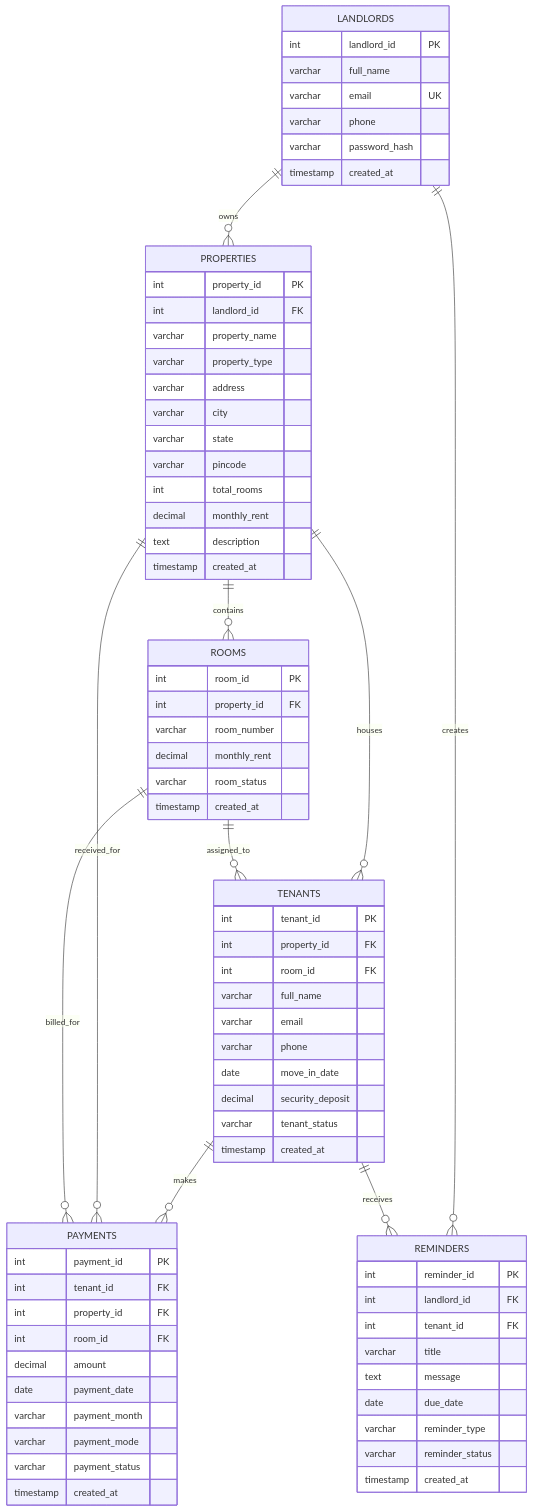
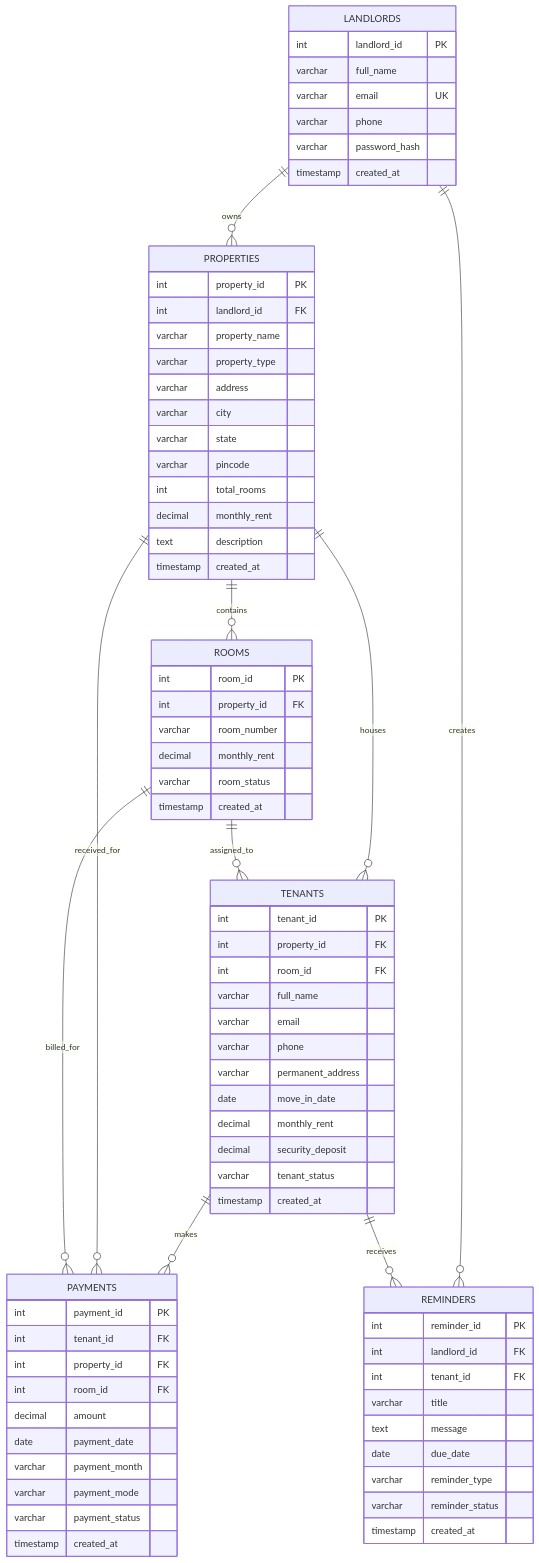
One commit to Aditi271024/RentProof changed the diagram in docs/database-design.md. Above: the diagram before and after it, drawn with Mermaid. The commit also changed 4 other files, not shown here.

```diff
--- a/docs/database-design.md
+++ b/docs/database-design.md
@@ -73,7 +73,9 @@
         varchar full_name
         varchar email
         varchar phone
+        varchar permanent_address
         date move_in_date
+        decimal monthly_rent
         decimal security_deposit
         varchar tenant_status
         timestamp created_at
```
